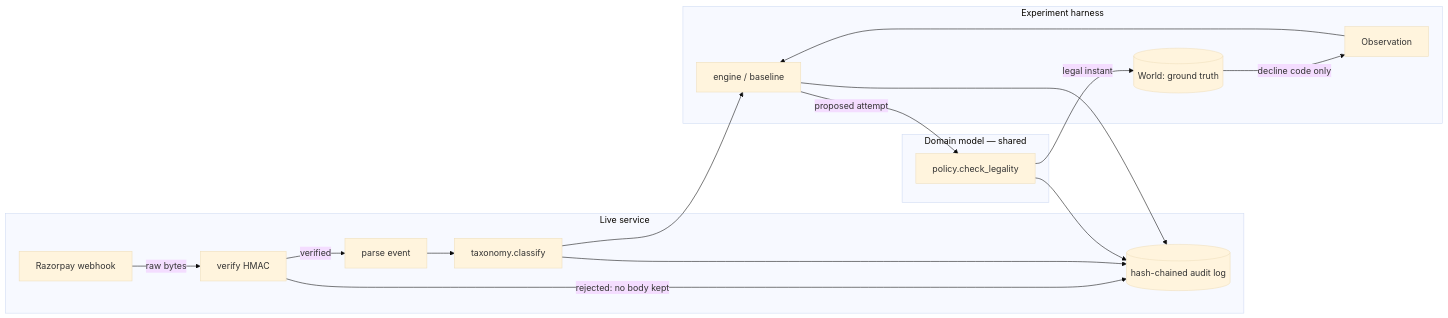
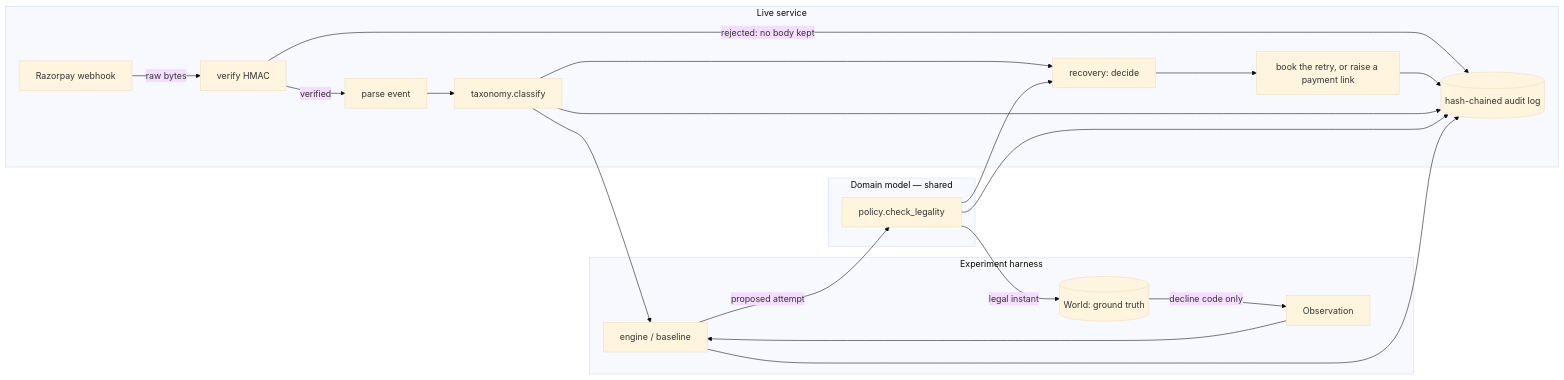
Before and after one commit to Mohil-Ahuja/fourshots: the diagram in ARCHITECTURE.md, drawn with Mermaid (base theme). The commit also changed other lines of this file and 12 other files, not shown here.

````diff
--- a/ARCHITECTURE.md
+++ b/ARCHITECTURE.md
@@ -17,26 +17,30 @@
 ```mermaid
 flowchart LR
     subgraph live["Live service"]
         RZP[Razorpay webhook] -->|raw bytes| VER[verify HMAC]
         VER -->|rejected: no body kept| LOG
         VER -->|verified| PARSE[parse event]
         PARSE --> CLS
+        REC[recovery: decide] --> ACT["book the retry, or raise a payment link"]
+        ACT --> LOG
     end
 
     subgraph domain["Domain model — shared"]
         CLS[taxonomy.classify]
         POL[policy.check_legality]
     end
 
     subgraph bench["Experiment harness"]
         WORLD[(World: ground truth)] -->|decline code only| OBS[Observation]
         OBS --> ENG[engine / baseline]
         ENG -->|proposed attempt| POL
         POL -->|legal instant| WORLD
     end
 
+    CLS --> REC
+    POL --> REC
     CLS --> ENG
     CLS --> LOG[(hash-chained audit log)]
     POL --> LOG
     ENG --> LOG
 ```
````
